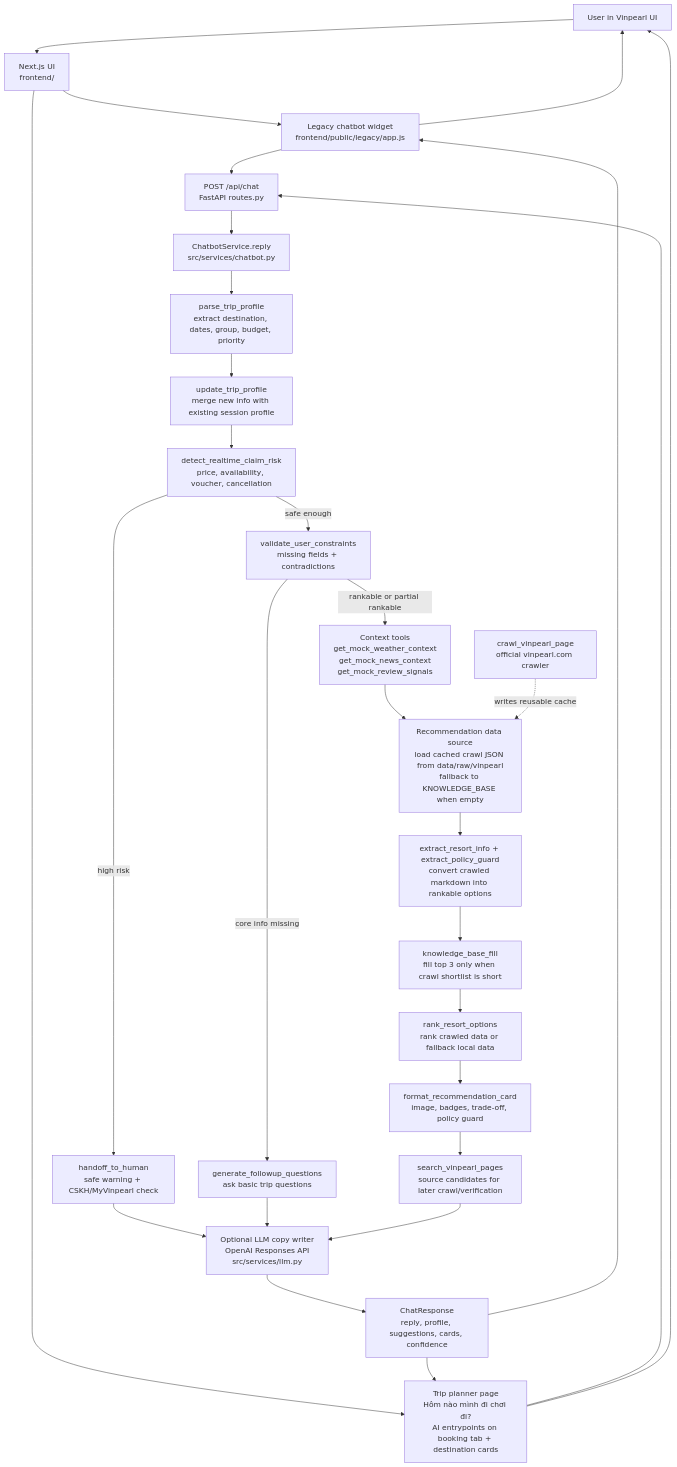
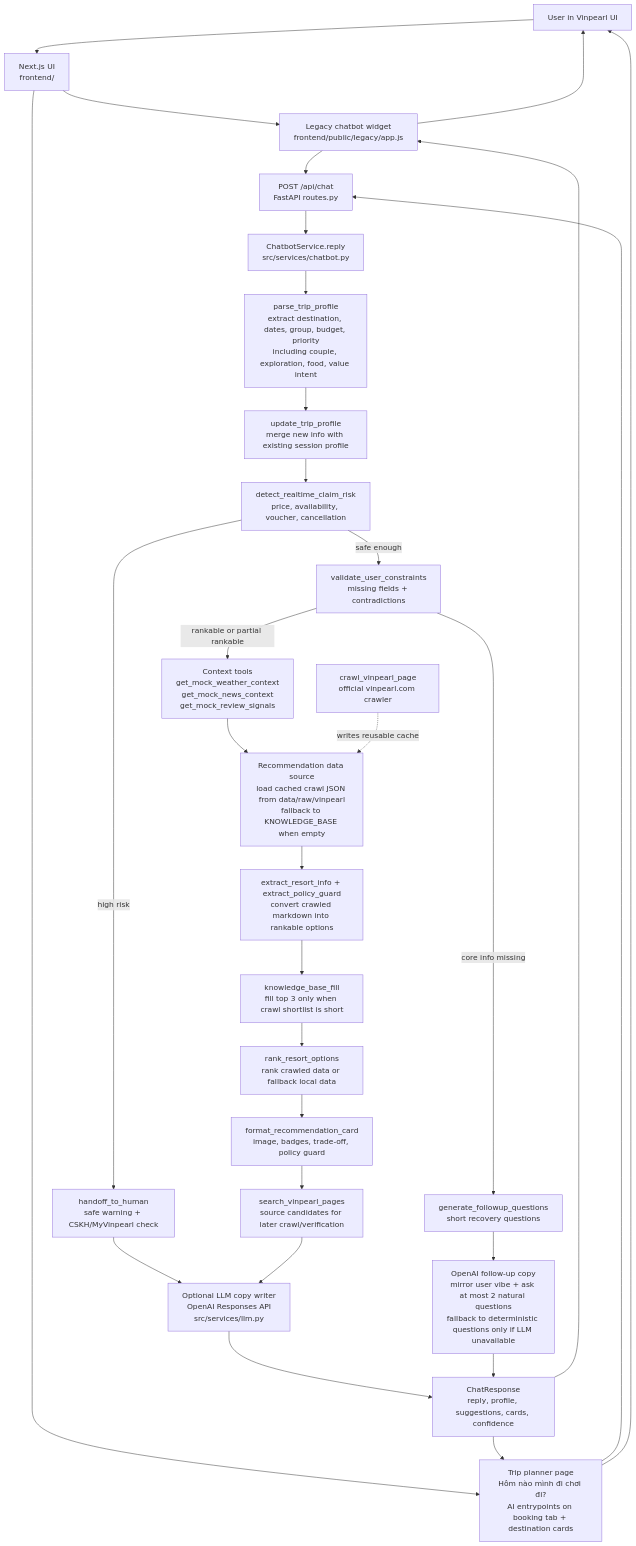
One commit to minhhai203/mini-hackathon-vinuni changed the diagram in README.md. Above: the diagram before and after it, drawn with Mermaid. The commit also changed other lines of this file and 6 other files, not shown here.

````diff
--- a/README.md
+++ b/README.md
@@ -225,37 +225,38 @@
 ```mermaid
 flowchart TD
     U["User in Vinpearl UI"] --> FE["Next.js UI\nfrontend/"]
     FE --> W["Legacy chatbot widget\nfrontend/public/legacy/app.js"]
     FE --> PLANNER["Trip planner page\nHôm nào mình đi chơi đi?\nAI entrypoints on booking tab + destination cards"]
     W --> API["POST /api/chat\nFastAPI routes.py"]
     PLANNER --> API
     API --> S["ChatbotService.reply\nsrc/services/chatbot.py"]
 
-    S --> P["parse_trip_profile\nextract destination, dates, group, budget, priority"]
+    S --> P["parse_trip_profile\nextract destination, dates, group, budget, priority\nincluding couple, exploration, food, value intent"]
     P --> UP["update_trip_profile\nmerge new info with existing session profile"]
     UP --> RISK["detect_realtime_claim_risk\nprice, availability, voucher, cancellation"]
 
     RISK -->|"high risk"| H["handoff_to_human\nsafe warning + CSKH/MyVinpearl check"]
     H --> LLM["Optional LLM copy writer\nOpenAI Responses API\nsrc/services/llm.py"]
     LLM --> OUT["ChatResponse\nreply, profile, suggestions, cards, confidence"]
 
     RISK -->|"safe enough"| VAL["validate_user_constraints\nmissing fields + contradictions"]
-    VAL -->|"core info missing"| Q["generate_followup_questions\nask basic trip questions"]
-    Q --> LLM
+    VAL -->|"core info missing"| Q["generate_followup_questions\nshort recovery questions"]
+    Q --> LLM_FOLLOW["OpenAI follow-up copy\nmirror user vibe + ask at most 2 natural questions\nfallback to deterministic questions only if LLM unavailable"]
+    LLM_FOLLOW --> OUT
 
     VAL -->|"rankable or partial rankable"| CTX["Context tools\nget_mock_weather_context\nget_mock_news_context\nget_mock_review_signals"]
     CTX --> DATA["Recommendation data source\nload cached crawl JSON from data/raw/vinpearl\nfallback to KNOWLEDGE_BASE when empty"]
     DATA --> EXT["extract_resort_info + extract_policy_guard\nconvert crawled markdown into rankable options"]
     EXT --> FILL["knowledge_base_fill\nfill top 3 only when crawl shortlist is short"]
     FILL --> RANK["rank_resort_options\nrank crawled data or fallback local data"]
     RANK --> CARD["format_recommendation_card\nimage, badges, trade-off, policy guard"]
     CARD --> SRC["search_vinpearl_pages\nsource candidates for later crawl/verification"]
     SRC --> LLM
 
     OUT --> W
     OUT --> PLANNER
     W --> U
     PLANNER --> U
 
     CRAWL["crawl_vinpearl_page\nofficial vinpearl.com crawler"] -. "writes reusable cache" .-> DATA
 ```
````
